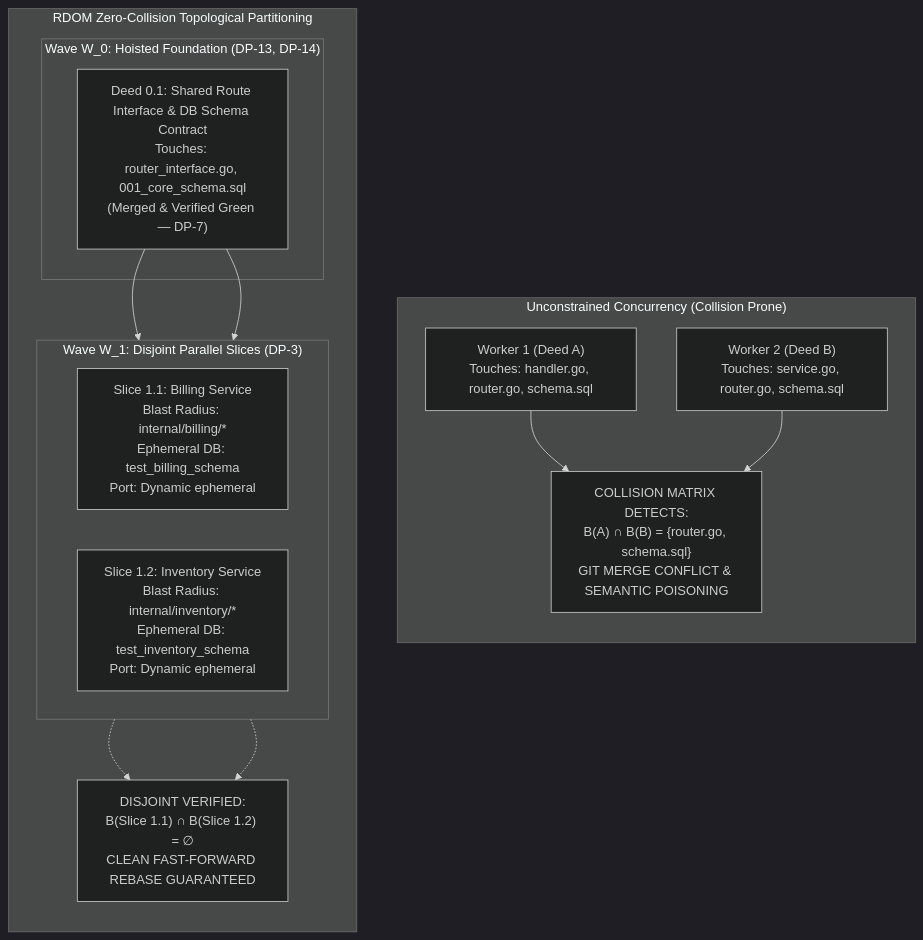
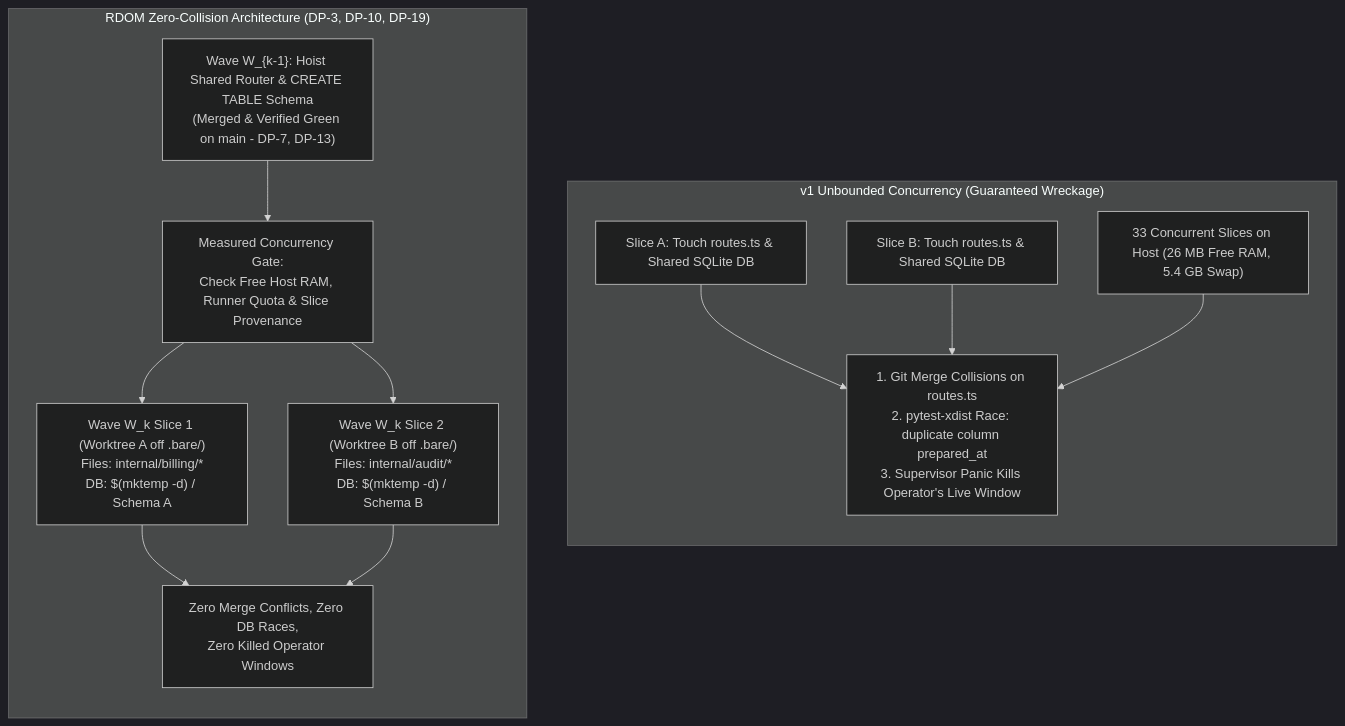
Before and after one commit to nwalker85/rdom-method: the diagram in docs/chapters/10-zero-collision-multi-agent-boundaries.md, drawn with Mermaid (dark theme). The commit also changed other lines of this file and 29 other files, not shown here.

````diff
--- a/docs/chapters/10-zero-collision-multi-agent-boundaries.md
+++ b/docs/chapters/10-zero-collision-multi-agent-boundaries.md
@@ -70,30 +55,27 @@
 ```mermaid
 flowchart TD
-    subgraph INVALID["Unconstrained Concurrency (Collision Prone)"]
+    subgraph COLLISION["v1 Unbounded Concurrency (Guaranteed Wreckage)"]
         direction TB
-        A1["Worker 1 (Deed A)\nTouches: handler.go, router.go, schema.sql"]
-        A2["Worker 2 (Deed B)\nTouches: service.go, router.go, schema.sql"]
-        COLLIDE["COLLISION MATRIX DETECTS:\nB(A) ∩ B(B) = {router.go, schema.sql}\nGIT MERGE CONFLICT & SEMANTIC POISONING"]
-        A1 --> COLLIDE
-        A2 --> COLLIDE
+        W1_A["Slice A: Touch routes.ts & Shared SQLite DB"]
+        W1_B["Slice B: Touch routes.ts & Shared SQLite DB"]
+        W1_C["33 Concurrent Slices on Host (26 MB Free RAM, 5.4 GB Swap)"]
+        CRASH["1. Git Merge Collisions on routes.ts\n2. pytest-xdist Race: duplicate column prepared_at\n3. Supervisor Panic Kills Operator's Live Window"]
+        W1_A --> CRASH
+        W1_B --> CRASH
+        W1_C --> CRASH
     end
 
-    subgraph VALID["RDOM Zero-Collision Topological Partitioning"]
+    subgraph DISJOINT["RDOM Zero-Collision Architecture (DP-3, DP-10, DP-19)"]
         direction TB
-        subgraph W0["Wave W_0: Hoisted Foundation (DP-13, DP-14)"]
-            H1["Deed 0.1: Shared Route Interface & DB Schema Contract\nTouches: router_interface.go, 001_core_schema.sql\n(Merged & Verified Green — DP-7)"]
-        end
-
-        subgraph W1["Wave W_1: Disjoint Parallel Slices (DP-3)"]
-            direction LR
-            S1["Slice 1.1: Billing Service\nBlast Radius: internal/billing/*\nEphemeral DB: test_billing_schema\nPort: Dynamic ephemeral"]
-            S2["Slice 1.2: Inventory Service\nBlast Radius: internal/inventory/*\nEphemeral DB: test_inventory_schema\nPort: Dynamic ephemeral"]
-        end
-
-        H1 --> S1
-        H1 --> S2
-        DISJOINT["DISJOINT VERIFIED:\nB(Slice 1.1) ∩ B(Slice 1.2) = ∅\nCLEAN FAST-FORWARD REBASE GUARANTEED"]
-        S1 -.-> DISJOINT
-        S2 -.-> DISJOINT
+        HOIST["Wave W_{k-1}: Hoist Shared Router & CREATE TABLE Schema\n(Merged & Verified Green on main - DP-7, DP-13)"]
+        CAP["Measured Concurrency Gate:\nCheck Free Host RAM, Runner Quota & Slice Provenance"]
+        SLICE1["Wave W_k Slice 1 (Worktree A off .bare/)\nFiles: internal/billing/*\nDB: $(mktemp -d) / Schema A"]
+        SLICE2["Wave W_k Slice 2 (Worktree B off .bare/)\nFiles: internal/audit/*\nDB: $(mktemp -d) / Schema B"]
+        CLEAN["Zero Merge Conflicts, Zero DB Races,\nZero Killed Operator Windows"]
+        HOIST --> CAP
+        CAP --> SLICE1
+        CAP --> SLICE2
+        SLICE1 --> CLEAN
+        SLICE2 --> CLEAN
     end
 ```
````
